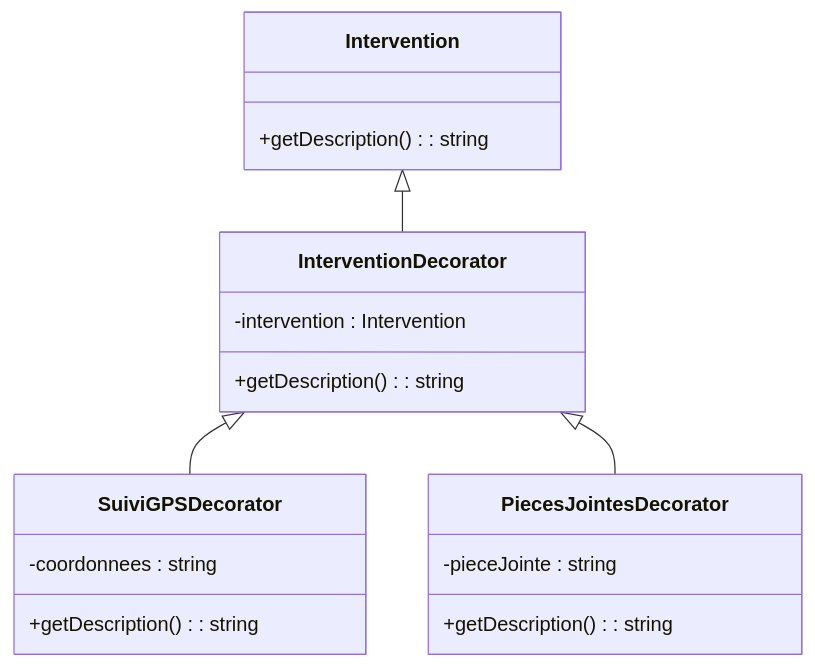
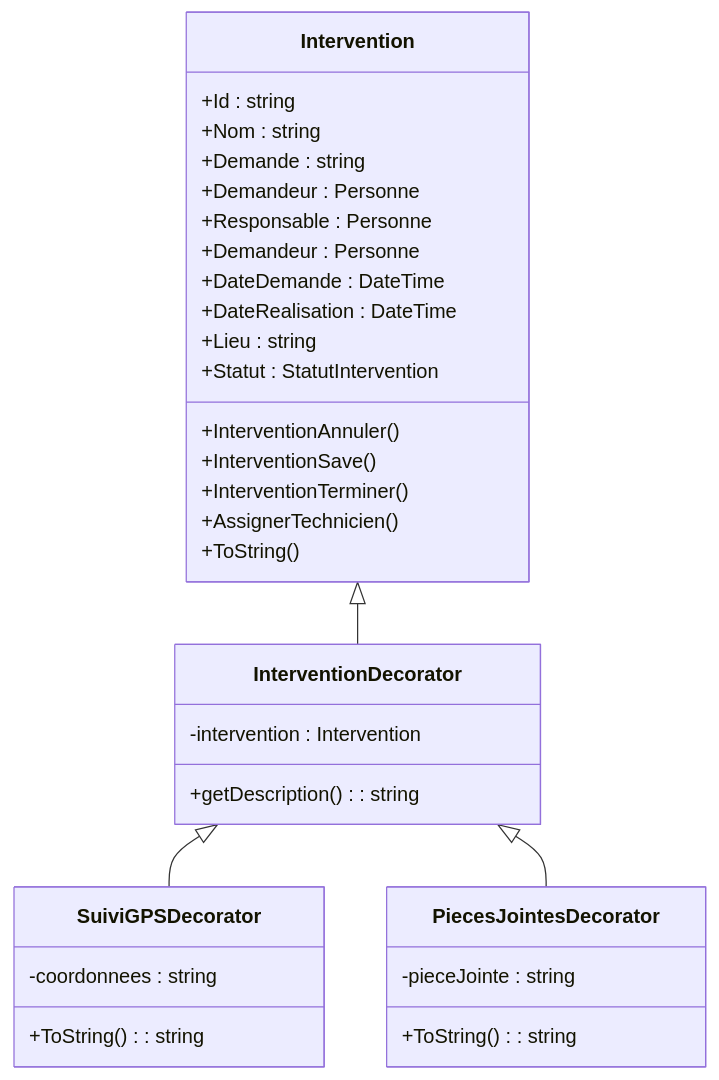
The second of 5 diagrams in UML.md (rolm0123456789/DesignPatternProjet), drawn with Mermaid before and after one commit. The commit also changed other lines of this file and 2 other files, not shown here.

Commit message:
Ajout du décorateur PiecesJointesDecorator pour gérer les pièces jointes aux interventions; mise à jour de la documentation UML et README.md pour refléter les nouvelles fonctionnalités.

````diff
--- a/UML.md
+++ b/UML.md
@@ -28,21 +41,35 @@
 ```mermaid
 classDiagram
     class Intervention {
-        +getDescription() : string
+        +Id : string
+        +Nom : string
+        +Demande : string
+        +Demandeur : Personne
+        +Responsable : Personne
+        +Demandeur : Personne
+        +DateDemande : DateTime
+        +DateRealisation : DateTime
+        +Lieu : string
+        +Statut : StatutIntervention
+        +InterventionAnnuler()
+        +InterventionSave()
+        +InterventionTerminer()
+        +AssignerTechnicien()
+        +ToString()
     }
     class InterventionDecorator {
         -intervention : Intervention
         +getDescription() : string
     }
     class SuiviGPSDecorator {
         -coordonnees : string
-        +getDescription() : string
+        +ToString() : string
     }
     class PiecesJointesDecorator {
         -pieceJointe : string
-        +getDescription() : string
+        +ToString() : string
     }
     Intervention <|-- InterventionDecorator
     InterventionDecorator <|-- SuiviGPSDecorator
     InterventionDecorator <|-- PiecesJointesDecorator
 ```
````
